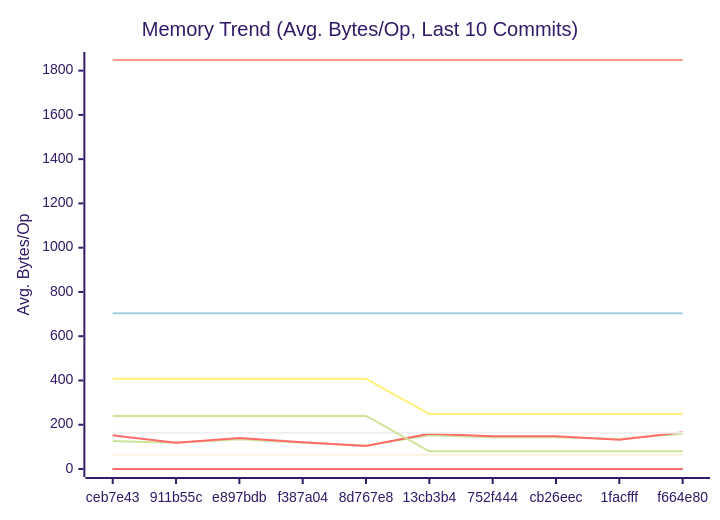
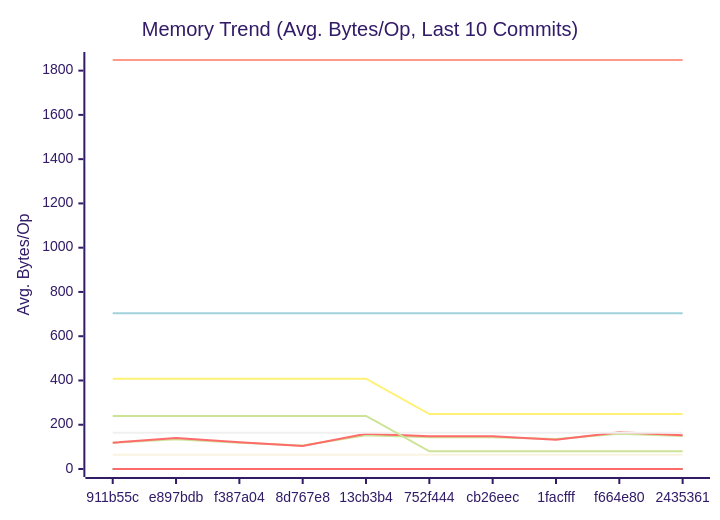
The second of 3 diagrams in docs/PERFORMANCE.md (alsotoes/momo), drawn with Mermaid (forest theme) before and after one commit. The commit also changed other lines of this file and 5 other files, not shown here.

````diff
--- a/docs/PERFORMANCE.md
+++ b/docs/PERFORMANCE.md
@@ -171,20 +171,20 @@
 ```mermaid
 xychart-beta
     title "Memory Trend (Avg. Bytes/Op, Last 10 Commits)"
     x-axis "Commit"
     y-axis "Avg. Bytes/Op"
-    x-axis [ceb7e43,911b55c,e897bdb,f387a04,8d767e8,13cb3b4,752f444,cb26eec,1facfff,f664e80]
-    line "AWSChunkedReaderSigned" [126,119,134,119,106,152,144,144,136,159]
-    line "AWSChunkedReaderUnsigned" [152,119,140,121,104,159,148,148,132,166]
+    x-axis [911b55c,e897bdb,f387a04,8d767e8,13cb3b4,752f444,cb26eec,1facfff,f664e80,2435361]
+    line "AWSChunkedReaderSigned" [119,134,119,106,152,144,144,136,159,149]
+    line "AWSChunkedReaderUnsigned" [119,140,121,104,159,148,148,132,166,153]
     line "CheckMetricsAndSwap" [0,0,0,0,0,0,0,0,0,0]
     line "CrushOptimized" [0,0,0,0,0,0,0,0,0,0]
     line "CrushOriginal" [164,164,164,164,164,164,164,164,164,164]
     line "IndexDirectTracking" [0,0,0,0,0,0,0,0,0,0]
     line "IndexSearch" [0,0,0,0,0,0,0,0,0,0]
     line "LoadGlobalConfig" [1848,1848,1848,1848,1848,1848,1848,1848,1848,1848]
     line "PadString" [64,64,64,64,64,64,64,64,64,64]
     line "ParseReplicationOrder_NoPrealloc" [408,408,408,408,408,248,248,248,248,248]
     line "ParseReplicationOrder_Prealloc" [240,240,240,240,240,80,80,80,80,80]
     line "SanitizeLog/Safe" [0,0,0,0,0,0,0,0,0,0]
     line "SanitizeLog/Unsafe" [704,704,704,704,704,704,704,704,704,704]
 ```
````
